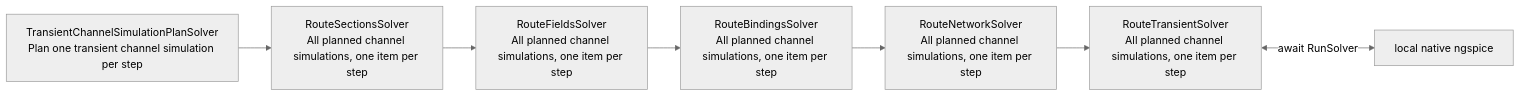
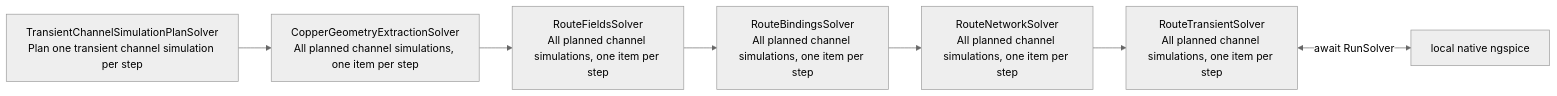
One commit to draarivpatel-ui/signal-integrity-pipeline changed the second of 3 diagrams in README.md. Above: the diagram before and after it, drawn with Mermaid (neutral theme). The commit also changed other lines of this file and 5 other files, not shown here.

Commit message:
refactor: use copper geometry extraction in #108

````diff
--- a/README.md
+++ b/README.md
@@ -98,15 +98,15 @@
 ```mermaid
 flowchart LR
   s0["TransientChannelSimulationPlanSolver<br/>Plan one transient channel simulation per step"]
-  s1["RouteSectionsSolver<br/>All planned channel simulations, one item per step"]
+  s1["CopperGeometryExtractionSolver<br/>All planned channel simulations, one item per step"]
   s2["RouteFieldsSolver<br/>All planned channel simulations, one item per step"]
   s3["RouteBindingsSolver<br/>All planned channel simulations, one item per step"]
   s4["RouteNetworkSolver<br/>All planned channel simulations, one item per step"]
   s5["RouteTransientSolver<br/>All planned channel simulations, one item per step"]
   s0 --> s1
   s1 --> s2
   s2 --> s3
   s3 --> s4
   s4 --> s5
   s5 <-->|"await RunSolver"| engine["local native ngspice"]
 ```
````
